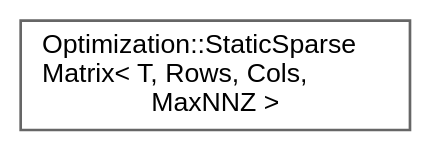
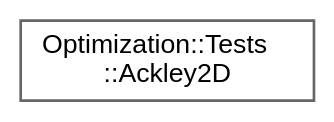
Before and after one commit to jswoo0615/Algorithms_for_Optimization_cpp: the diagram in inherit_graph_67.dot, drawn with Graphviz. The commit also changed 121 other files, not shown here.

```diff
--- a/inherit_graph_67.dot
+++ b/inherit_graph_67.dot
@@ -1,9 +1,9 @@
 digraph "Graphical Class Hierarchy"
 {
  // LATEX_PDF_SIZE
   bgcolor="transparent";
   edge [fontname=Helvetica,fontsize=10,labelfontname=Helvetica,labelfontsize=10];
   node [fontname=Helvetica,fontsize=10,shape=box,height=0.2,width=0.4];
   rankdir="LR";
-  Node0 [id="Node000000",label="Optimization::StaticSparse\lMatrix\< T, Rows, Cols,\l MaxNNZ \>",height=0.2,width=0.4,color="grey40", fillcolor="white", style="filled",URL="$classOptimization_1_1StaticSparseMatrix.html",tooltip="정적 할당 기반의 희소 행렬(Sparse Matrix) 클래스 (CSR 포맷 사용)"];
+  Node0 [id="Node000000",label="Optimization::Tests\l::Ackley2D",height=0.2,width=0.4,color="grey40", fillcolor="white", style="filled",URL="$structOptimization_1_1Tests_1_1Ackley2D.html",tooltip=" "];
 }
```
